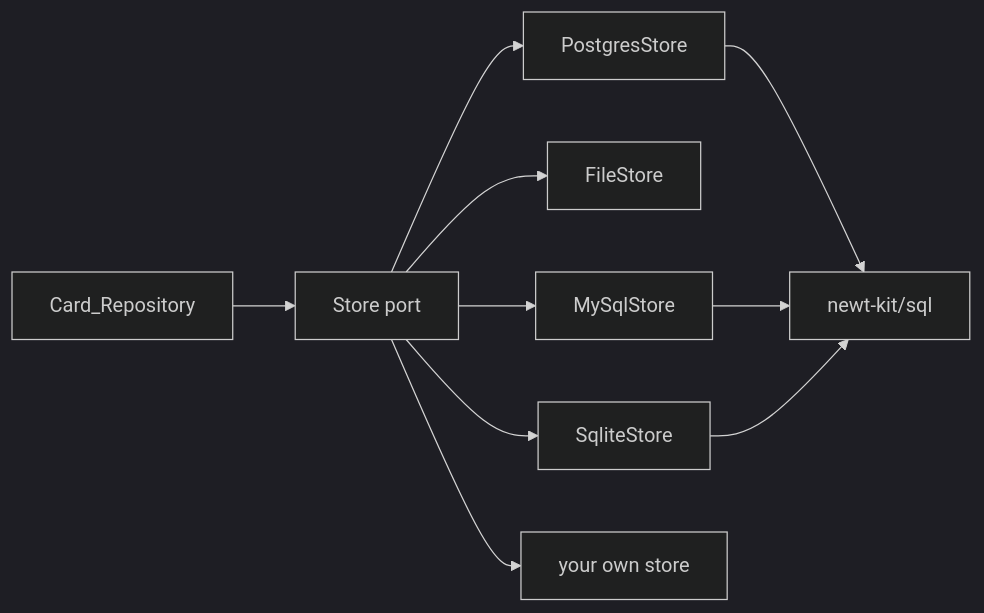
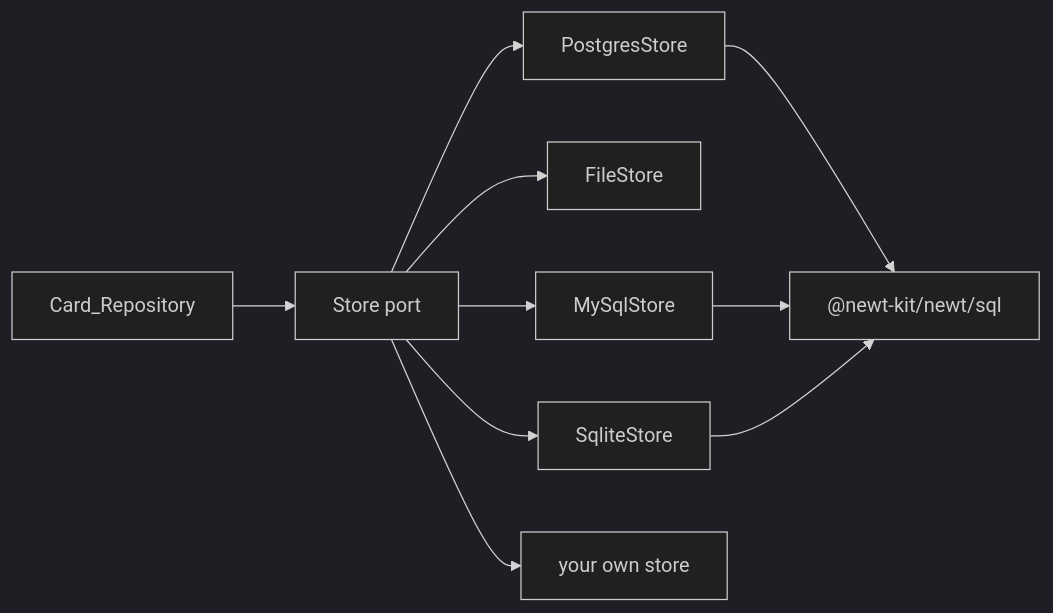
One commit to aromero86/newt changed the first of 5 diagrams in web/manual/26-stores.md. Above: the diagram before and after it, drawn with Mermaid (dark theme). The commit also changed other lines of this file and 634 other files, not shown here.

````diff
--- a/web/manual/26-stores.md
+++ b/web/manual/26-stores.md
@@ -48,12 +48,12 @@
 ```mermaid
 flowchart LR
   R["Card_Repository"] --> P["Store port"]
   P --> S["SqliteStore"]
   P --> F["FileStore"]
   P --> PG["PostgresStore"]
   P --> M["MySqlStore"]
   P --> Y["your own store"]
-  PG --> SQL["newt-kit/sql"]
+  PG --> SQL["@newt-kit/newt/sql"]
   M --> SQL
   S --> SQL
 ```
````
